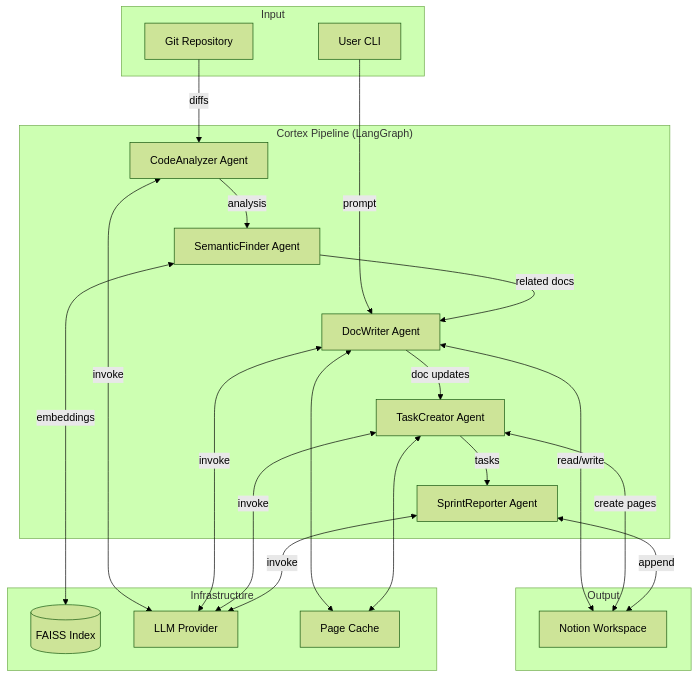
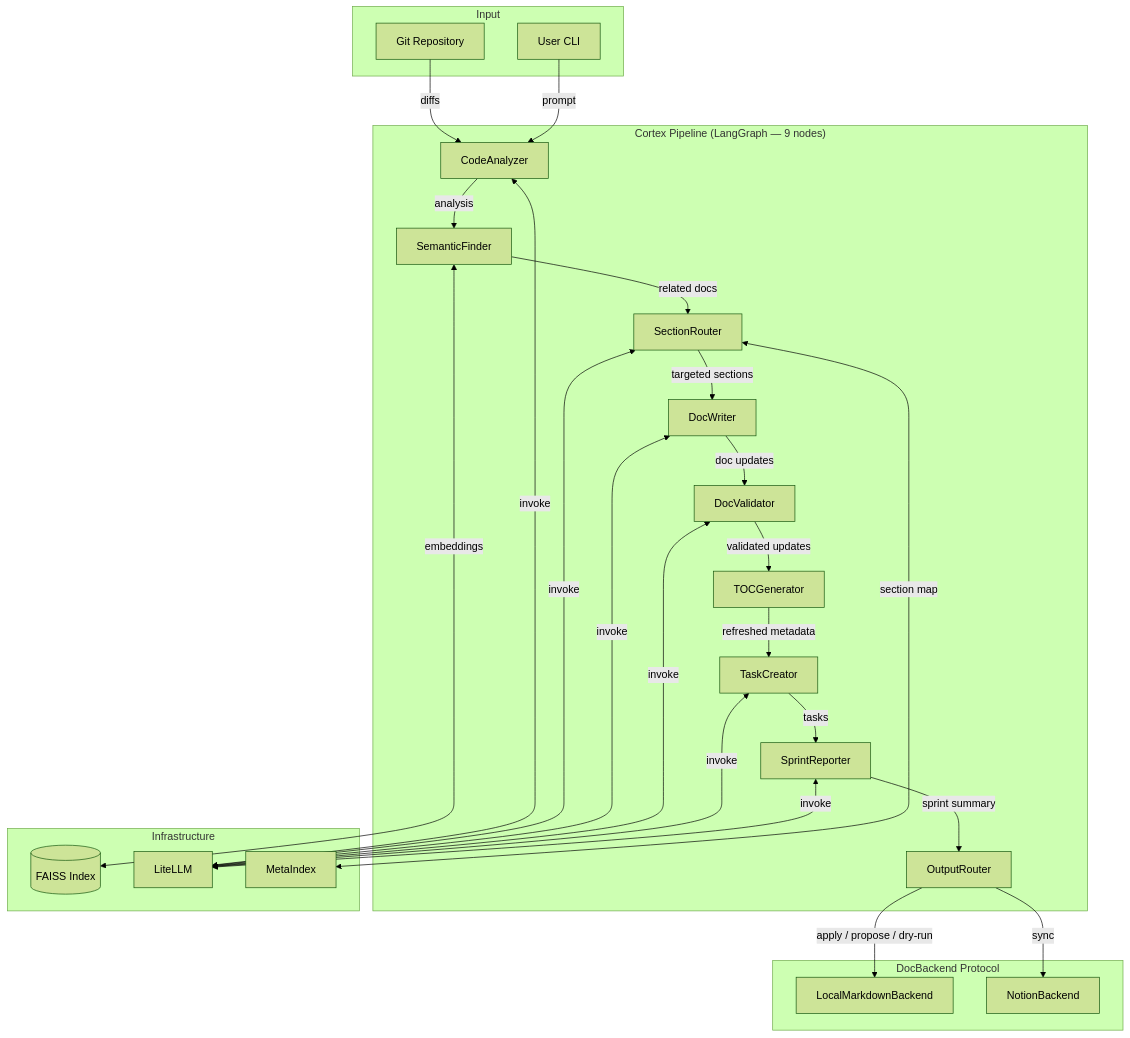
The first of 7 diagrams in docs/architecture.md (sarupurisailalith/codebase-cortex), drawn with Mermaid (forest theme) before and after one commit. The commit also changed other lines of this file and 8 other files, not shown here.

````diff
--- a/docs/architecture.md
+++ b/docs/architecture.md
@@ -7,42 +24,51 @@
 ```mermaid
 graph TB
     subgraph Input
         GIT[Git Repository]
         USER[User CLI]
     end
 
-    subgraph "Cortex Pipeline (LangGraph)"
-        CA[CodeAnalyzer Agent]
-        SF[SemanticFinder Agent]
-        DW[DocWriter Agent]
-        TC[TaskCreator Agent]
-        SR[SprintReporter Agent]
+    subgraph "Cortex Pipeline (LangGraph — 9 nodes)"
+        CA[CodeAnalyzer]
+        SF[SemanticFinder]
+        SR_NODE[SectionRouter]
+        DW[DocWriter]
+        DV[DocValidator]
+        TOC[TOCGenerator]
+        TC[TaskCreator]
+        SPRINT[SprintReporter]
+        OR[OutputRouter]
     end
 
     subgraph Infrastructure
         FAISS[(FAISS Index)]
-        LLM[LLM Provider]
-        CACHE[Page Cache]
+        LLM[LiteLLM]
+        META[MetaIndex]
     end
 
-    subgraph Output
-        NOTION[Notion Workspace]
+    subgraph "DocBackend Protocol"
+        LOCAL[LocalMarkdownBackend]
+        NOTION[NotionBackend]
     end
 
     GIT -->|diffs| CA
-    USER -->|prompt| DW
+    USER -->|prompt| CA
     CA -->|analysis| SF
-    SF -->|related docs| DW
+    SF -->|related docs| SR_NODE
     SF <-->|embeddings| FAISS
-    DW -->|doc updates| TC
-    TC -->|tasks| SR
+    SR_NODE -->|targeted sections| DW
+    SR_NODE <-->|section map| META
+    DW -->|doc updates| DV
+    DV -->|validated updates| TOC
+    TOC -->|refreshed metadata| TC
+    TC -->|tasks| SPRINT
+    SPRINT -->|sprint summary| OR
     CA <-->|invoke| LLM
+    SR_NODE <-->|invoke| LLM
     DW <-->|invoke| LLM
+    DV <-->|invoke| LLM
     TC <-->|invoke| LLM
-    SR <-->|invoke| LLM
-    DW <-->|read/write| NOTION
-    TC <-->|create pages| NOTION
-    SR <-->|append| NOTION
-    DW <--> CACHE
-    TC <--> CACHE
+    SPRINT <-->|invoke| LLM
+    OR -->|apply / propose / dry-run| LOCAL
+    OR -->|sync| NOTION
 ```
````
